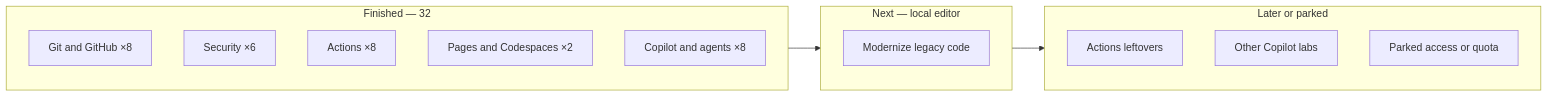
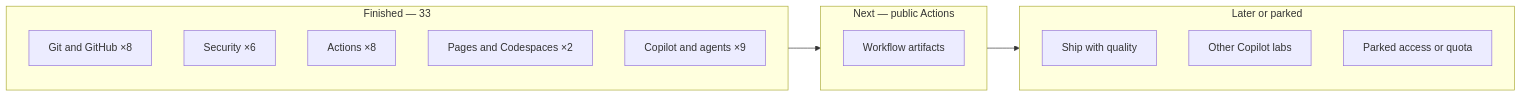
Before and after one commit to blackhebrewisraeli/github-skills-journey: the diagram in ROADMAP.md, drawn with Mermaid. The commit also changed other lines of this file and 3 other files, not shown here.

First line of the commit message:
Log Modernize Copilot as finished (33/40) and queue workflow artifacts. (#3)

````diff
--- a/ROADMAP.md
+++ b/ROADMAP.md
@@ -11,20 +11,20 @@
 ```mermaid
 flowchart LR
-    subgraph done [Finished — 32]
+    subgraph done [Finished — 33]
         G[Git and GitHub ×8]
         S[Security ×6]
         A[Actions ×8]
         P[Pages and Codespaces ×2]
-        C[Copilot and agents ×8]
+        C[Copilot and agents ×9]
     end
-    subgraph next [Next — local editor]
-        MO[Modernize legacy code]
+    subgraph next [Next — public Actions]
+        WA[Workflow artifacts]
     end
     subgraph later [Later or parked]
-        QA[Actions leftovers]
+        QA[Ship with quality]
         AI[Other Copilot labs]
         PR[Parked access or quota]
     end
     done --> next
     next --> later
 ```
````
